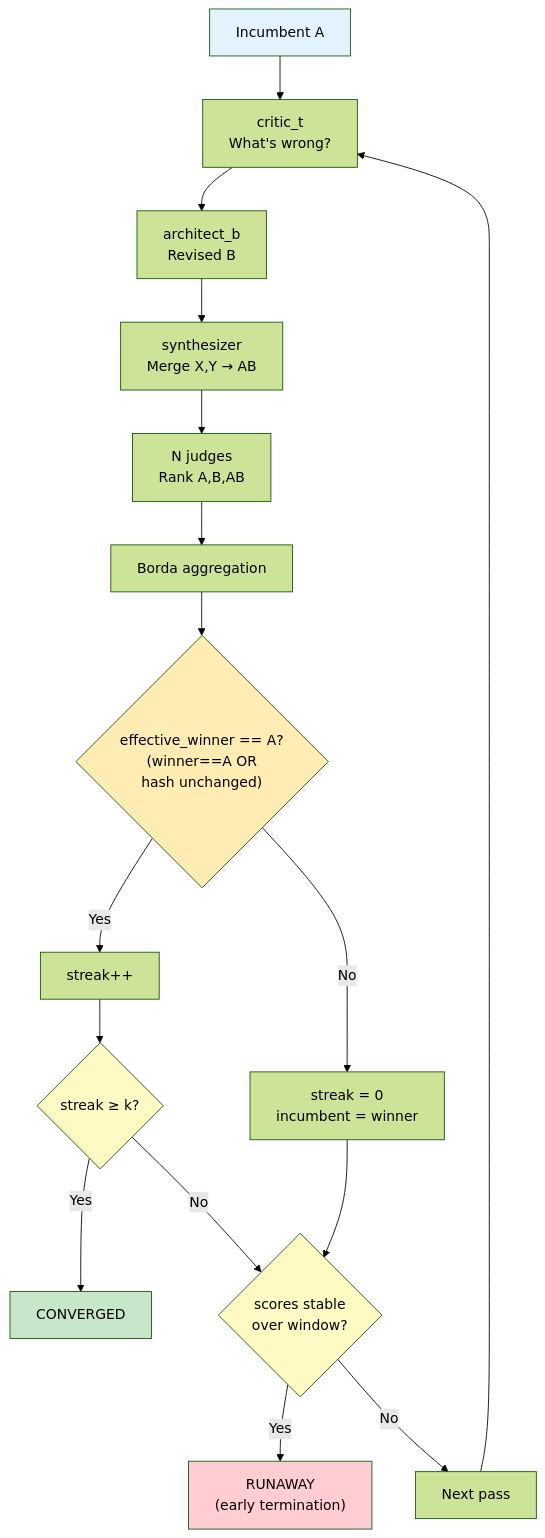
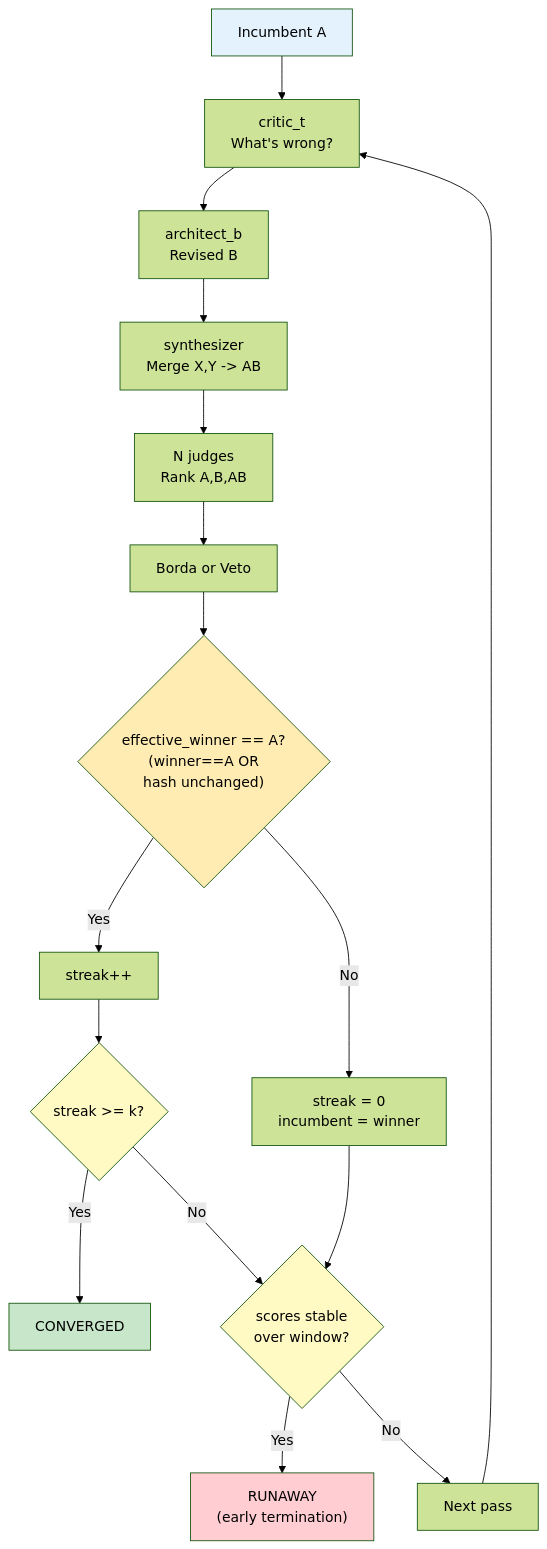
Before and after one commit to mohamedameen-io/AutoDev: the third of 3 diagrams in README.md, drawn with Mermaid (forest theme). The commit also changed other lines of this file, not shown here.

````diff
--- a/README.md
+++ b/README.md
@@ -347,25 +257,25 @@
 ```mermaid
 flowchart TD
     A["Incumbent A"] --> B["critic_t<br/>What's wrong?"]
     B --> C["architect_b<br/>Revised B"]
-    C --> D["synthesizer<br/>Merge X,Y → AB"]
+    C --> D["synthesizer<br/>Merge X,Y -> AB"]
     D --> E["N judges<br/>Rank A,B,AB"]
-    E --> F["Borda aggregation"]
+    E --> F["Borda or Veto"]
     F --> G{"effective_winner == A?<br/>(winner==A OR<br/>hash unchanged)"}
     G -->|Yes| H["streak++"]
     G -->|No| I["streak = 0<br/>incumbent = winner"]
-    H --> J{streak ≥ k?}
+    H --> J{streak >= k?}
     J -->|Yes| K["CONVERGED"]
     J -->|No| M{scores stable<br/>over window?}
     I --> M
     M -->|Yes| N["RUNAWAY<br/>(early termination)"]
     M -->|No| L["Next pass"]
     L --> B
 
     style A fill:#e3f2fd
     style K fill:#c8e6c9
     style N fill:#ffcdd2
     style J fill:#fff9c4
     style G fill:#ffecb3
     style M fill:#fff9c4
 ```
````
